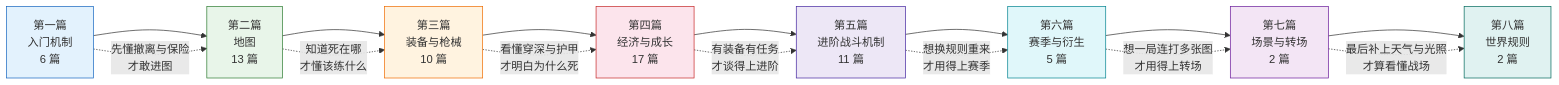
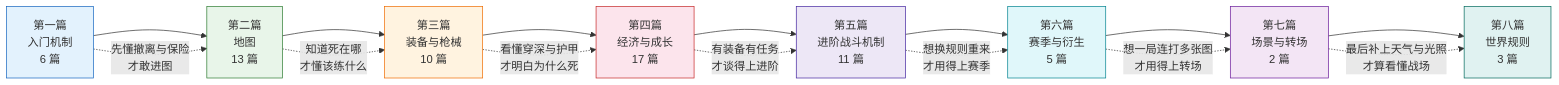
One commit to GTX950L/tarkov-encyclopedia changed the diagram in content/README.md. Above: the diagram before and after it, drawn with Mermaid. The commit also changed other lines of this file and 77 other files, not shown here.

First line of the commit message:
feat: 新开元内容方向（彩蛋与制作组的恶意）+ 新建地图对照速查参考页

````diff
--- a/content/README.md
+++ b/content/README.md
@@ -16,27 +16,27 @@
 ```mermaid
 flowchart LR
     A[第一篇<br/>入门机制<br/>6 篇] --> B[第二篇<br/>地图<br/>13 篇]
     B --> C[第三篇<br/>装备与枪械<br/>10 篇]
     C --> D[第四篇<br/>经济与成长<br/>17 篇]
     D --> E[第五篇<br/>进阶战斗机制<br/>11 篇]
     E --> F[第六篇<br/>赛季与衍生<br/>5 篇]
     F --> G[第七篇<br/>场景与转场<br/>2 篇]
-    G --> H[第八篇<br/>世界规则<br/>2 篇]
+    G --> H[第八篇<br/>世界规则<br/>3 篇]
 
     A -. 先懂撤离与保险<br/>才敢进图 .-> B
     B -. 知道死在哪<br/>才懂该练什么 .-> C
     C -. 看懂穿深与护甲<br/>才明白为什么死 .-> D
     D -. 有装备有任务<br/>才谈得上进阶 .-> E
     E -. 想换规则重来<br/>才用得上赛季 .-> F
     F -. 想一局连打多张图<br/>才用得上转场 .-> G
     G -. 最后补上天气与光照<br/>才算看懂战场 .-> H
 
     style A fill:#e3f2fd,stroke:#1565c0
     style B fill:#e8f5e9,stroke:#2e7d32
     style C fill:#fff3e0,stroke:#ef6c00
     style D fill:#fce4ec,stroke:#c62828
     style E fill:#ede7f6,stroke:#4527a0
     style F fill:#e0f7fa,stroke:#00838f
     style G fill:#f3e5f5,stroke:#6a1b9a
     style H fill:#e0f2f1,stroke:#00695c
 ```
````
